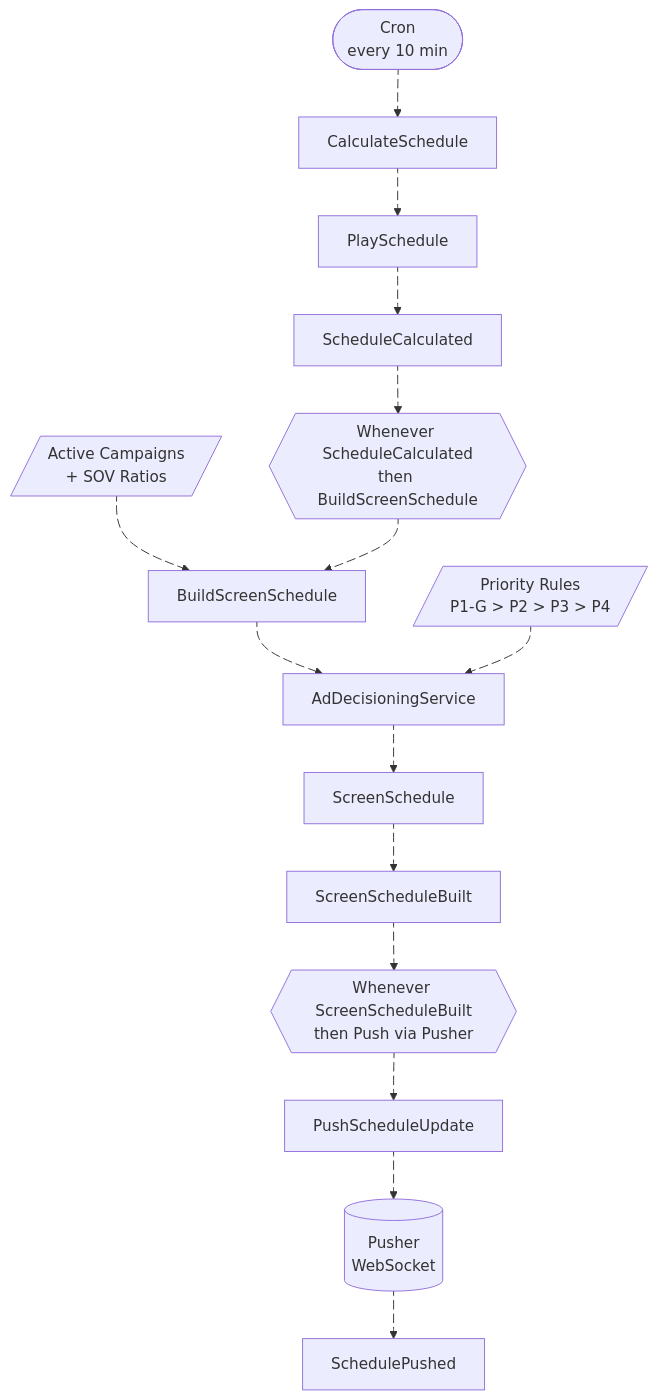
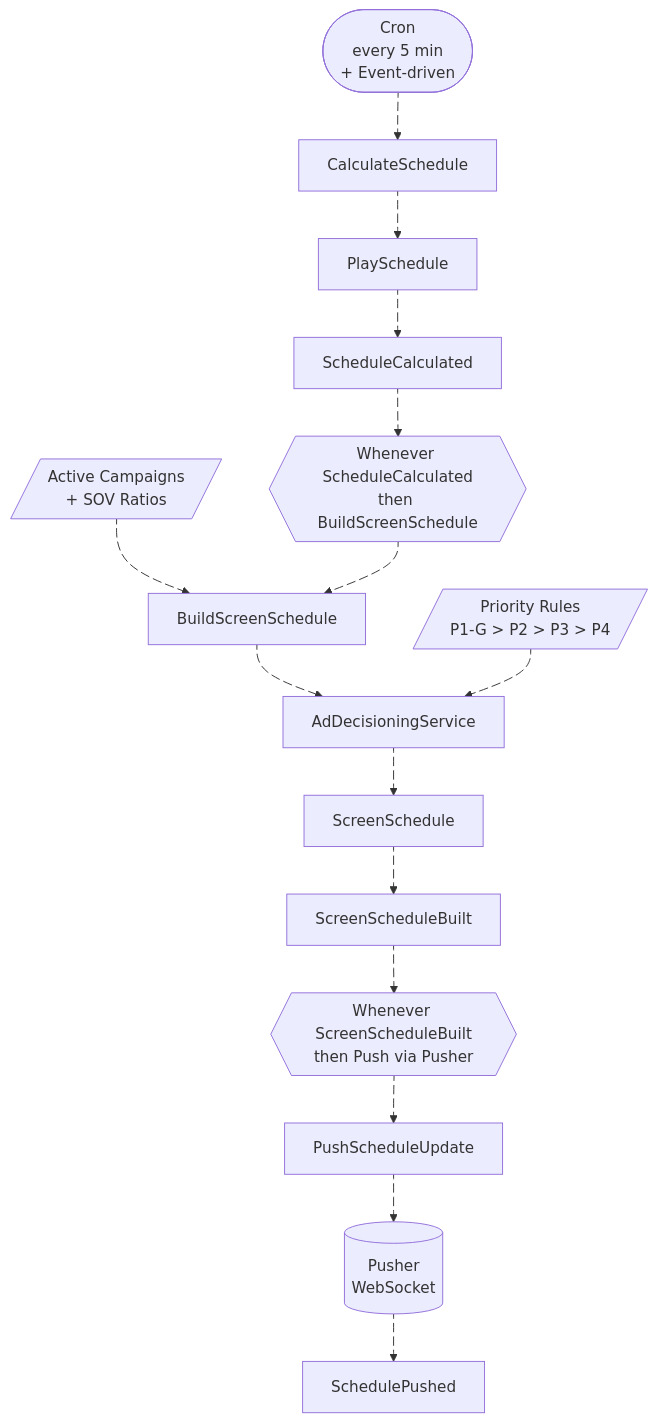
One commit to wasikarn/jira-generator changed the diagram in scripts/diagrams/10-1-process-schedule-calc.mmd. Above: the diagram before and after it, drawn with Mermaid. The commit also changed 8 other files, not shown here.

```diff
--- a/scripts/diagrams/10-1-process-schedule-calc.mmd
+++ b/scripts/diagrams/10-1-process-schedule-calc.mmd
@@ -1,45 +1,45 @@
 flowchart TD
-    A_CRON(["Cron<br/>every 10 min"])
+    A_CRON(["Cron<br/>every 5 min<br/>+ Event-driven"])
     C_CALC["CalculateSchedule"]
     AGG_PS["PlaySchedule"]
     E_CALCULATED["ScheduleCalculated"]
     RM_CAMPAIGNS[/"Active Campaigns<br/>+ SOV Ratios"/]
     POL_BUILD{{"Whenever ScheduleCalculated<br/>then BuildScreenSchedule"}}
     C_BUILD["BuildScreenSchedule"]
     AGG_ADE["AdDecisioningService"]
     RM_PRIORITY[/"Priority Rules<br/>P1-G > P2 > P3 > P4"/]
     AGG_SS["ScreenSchedule"]
     E_BUILT["ScreenScheduleBuilt"]
     POL_PUSH{{"Whenever ScreenScheduleBuilt<br/>then Push via Pusher"}}
     C_PUSH["PushScheduleUpdate"]
     EXT_PUSHER[("Pusher<br/>WebSocket")]
     E_PUSHED["SchedulePushed"]
 
     A_CRON e2@--> C_CALC
     C_CALC e3@--> AGG_PS
     AGG_PS e4@--> E_CALCULATED
     RM_CAMPAIGNS e5@-.-> C_BUILD
     E_CALCULATED e6@--> POL_BUILD
     POL_BUILD e7@--> C_BUILD
     C_BUILD e8@--> AGG_ADE
     RM_PRIORITY e9@-.-> AGG_ADE
     AGG_ADE e10@--> AGG_SS
     AGG_SS e11@--> E_BUILT
     E_BUILT e12@--> POL_PUSH
     POL_PUSH e13@--> C_PUSH
     C_PUSH e1@--> EXT_PUSHER
     EXT_PUSHER e14@--> E_PUSHED
     e1@{ animation: slow }
     e2@{ animation: fast }
     e3@{ animation: fast }
     e4@{ animation: fast }
     e5@{ animation: fast }
     e6@{ animation: fast }
     e7@{ animation: fast }
     e8@{ animation: fast }
     e9@{ animation: fast }
     e10@{ animation: fast }
     e11@{ animation: fast }
     e12@{ animation: fast }
     e13@{ animation: fast }
     e14@{ animation: slow }
```
